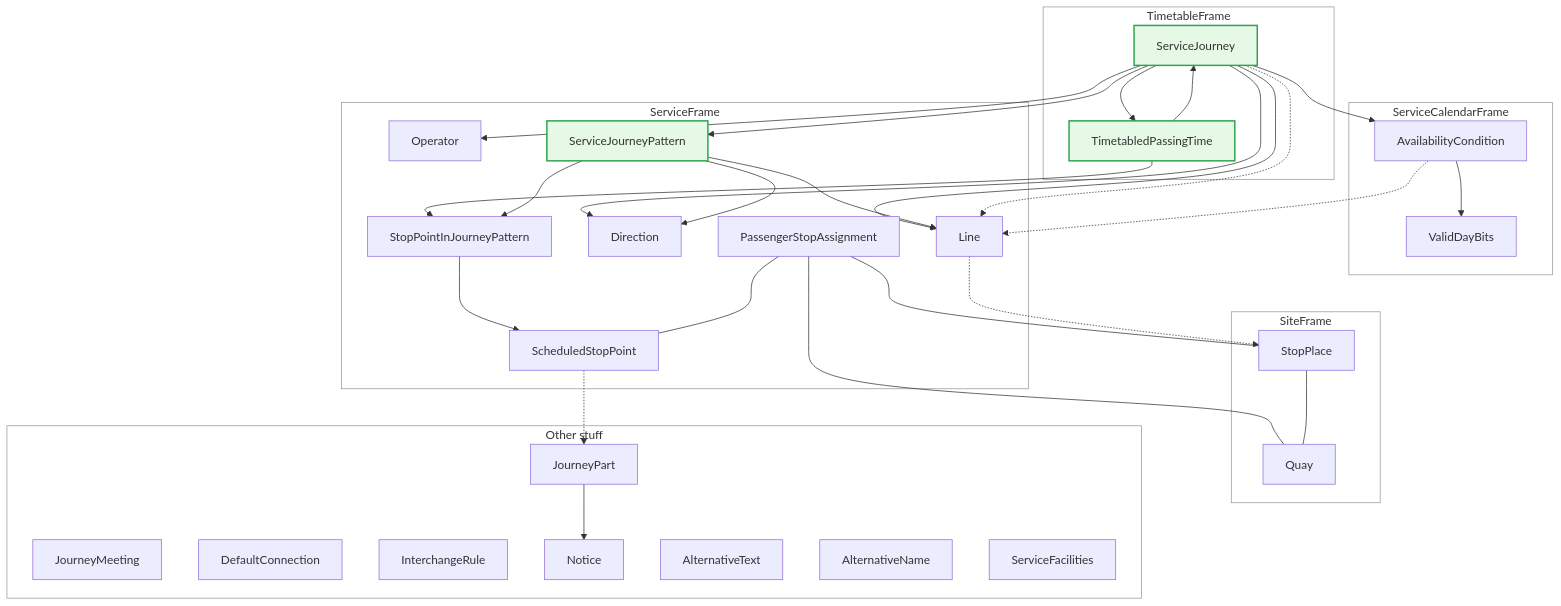
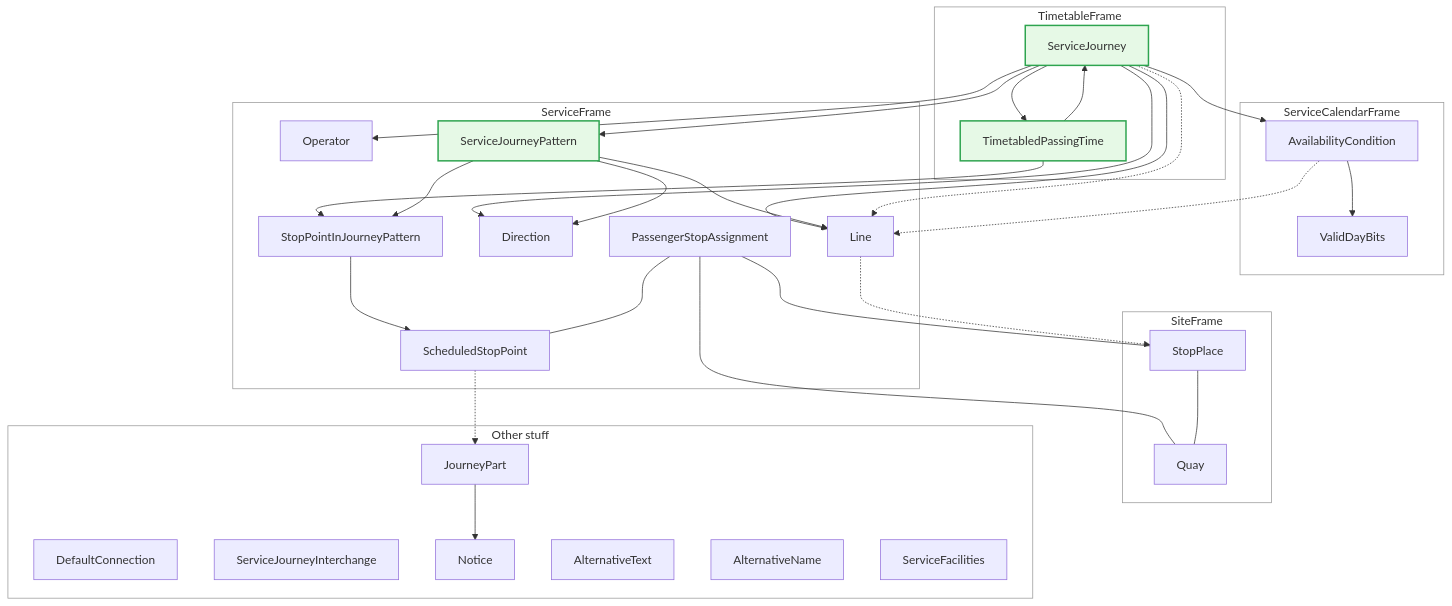
The diagram in docs/02_basic_concepts.md (openTdataCH/netexRealisationGuideSwitzerland), drawn with Mermaid before and after one commit. The commit also changed other lines of this file and 2 other files, not shown here.

Commit message:
removing InterchangeRule and JourneyMeeting from md

```diff
--- a/docs/02_basic_concepts.md
+++ b/docs/02_basic_concepts.md
@@ -37,9 +37,8 @@
 
   %% Bottom: Other stuff
   subgraph OtherStuff["Other stuff"]
-    JM[JourneyMeeting]
     CN[DefaultConnection]
-    IR[InterchangeRule]
+    SI[ServiceJourneyInterchange]
     JP[JourneyPart]
     N[Notice]
     AT[AlternativeText]
```
